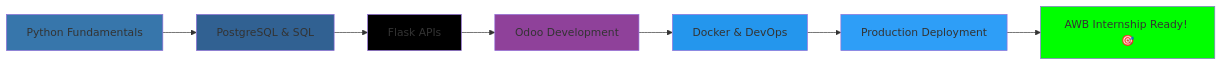
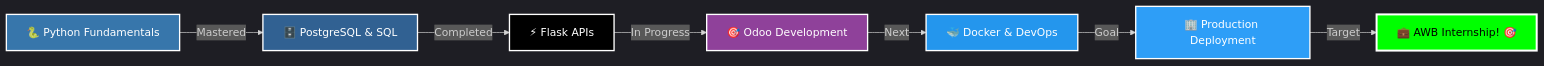
One commit to benben000000/benben000000 changed the diagram in README.md. Above: the diagram before and after it, drawn with Mermaid. The commit also changed other lines of this file, not shown here.

Commit message:
Premium upgrade: Advanced styling with animations, trophies, activity graphs, skill icons, interactive widgets, and modern design

````diff
--- a/README.md
+++ b/README.md
@@ -237,17 +320,18 @@
 ```mermaid
+%%{init: {'theme':'dark', 'themeVariables': { 'darkMode': true }}}%%
 graph LR
-    A[Python Fundamentals] --> B[PostgreSQL & SQL]
-    B --> C[Flask APIs]
-    C --> D[Odoo Development]
-    D --> E[Docker & DevOps]
-    E --> F[Production Deployment]
-    F --> G[AWB Internship Ready! 🎯]
+    A[🐍 Python Fundamentals] -->|Mastered| B[🗄️ PostgreSQL & SQL]
+    B -->|Completed| C[⚡ Flask APIs]
+    C -->|In Progress| D[🎯 Odoo Development]
+    D -->|Next| E[🐳 Docker & DevOps]
+    E -->|Goal| F[🏢 Production Deployment]
+    F -->|Target| G[💼 AWB Internship! 🎯]
     
-    style A fill:#3776AB
-    style B fill:#316192
-    style C fill:#000000
-    style D fill:#8F419A
-    style E fill:#2496ED
-    style F fill:#2E9EF7
-    style G fill:#00FF00
+    style A fill:#3776AB,stroke:#fff,stroke-width:2px,color:#fff
+    style B fill:#316192,stroke:#fff,stroke-width:2px,color:#fff
+    style C fill:#000000,stroke:#fff,stroke-width:2px,color:#fff
+    style D fill:#8F419A,stroke:#fff,stroke-width:2px,color:#fff
+    style E fill:#2496ED,stroke:#fff,stroke-width:2px,color:#fff
+    style F fill:#2E9EF7,stroke:#fff,stroke-width:2px,color:#fff
+    style G fill:#00FF00,stroke:#fff,stroke-width:3px,color:#000
 ```
````
